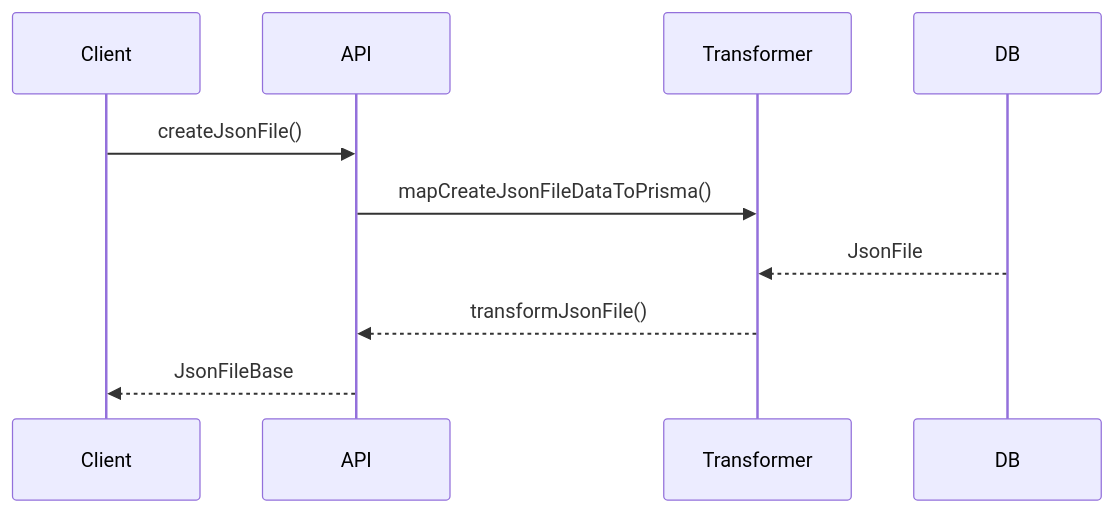
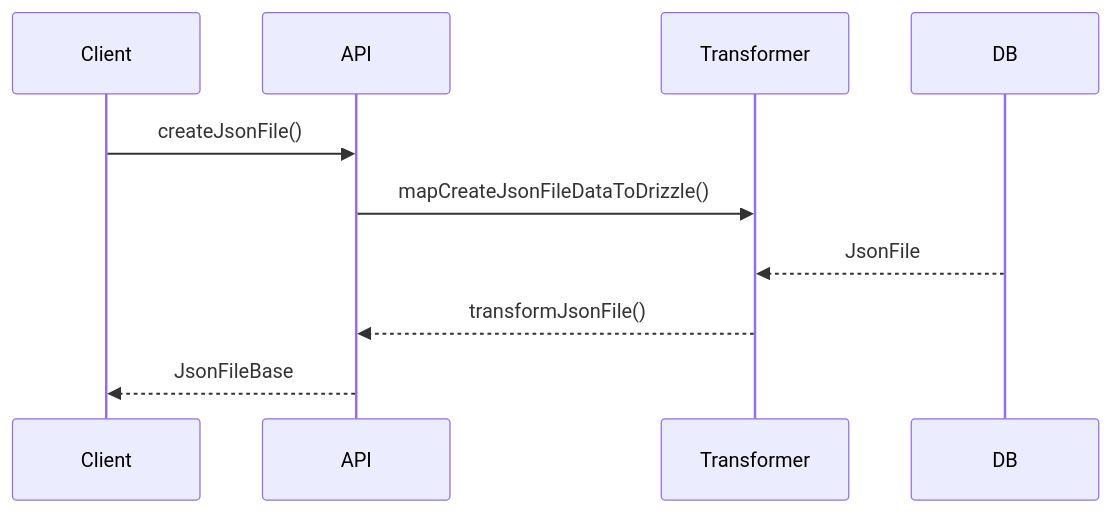
One commit to gvastethecreator/media-manager changed the second of 2 diagrams in src/types/entities/json-file/documentation.md. Above: the diagram before and after it, drawn with Mermaid. The commit also changed 185 other files, not shown here.

````diff
--- a/src/types/entities/json-file/documentation.md
+++ b/src/types/entities/json-file/documentation.md
@@ -72,13 +72,13 @@
 ```mermaid
 sequenceDiagram
     participant Client
     participant API
     participant Transformer
     participant DB
     Client->>API: createJsonFile()
-    API->>Transformer: mapCreateJsonFileDataToPrisma()
+    API->>Transformer: mapCreateJsonFileDataToDrizzle()
     
     DB-->>Transformer: JsonFile
     Transformer-->>API: transformJsonFile()
     API-->>Client: JsonFileBase
 ```
````
